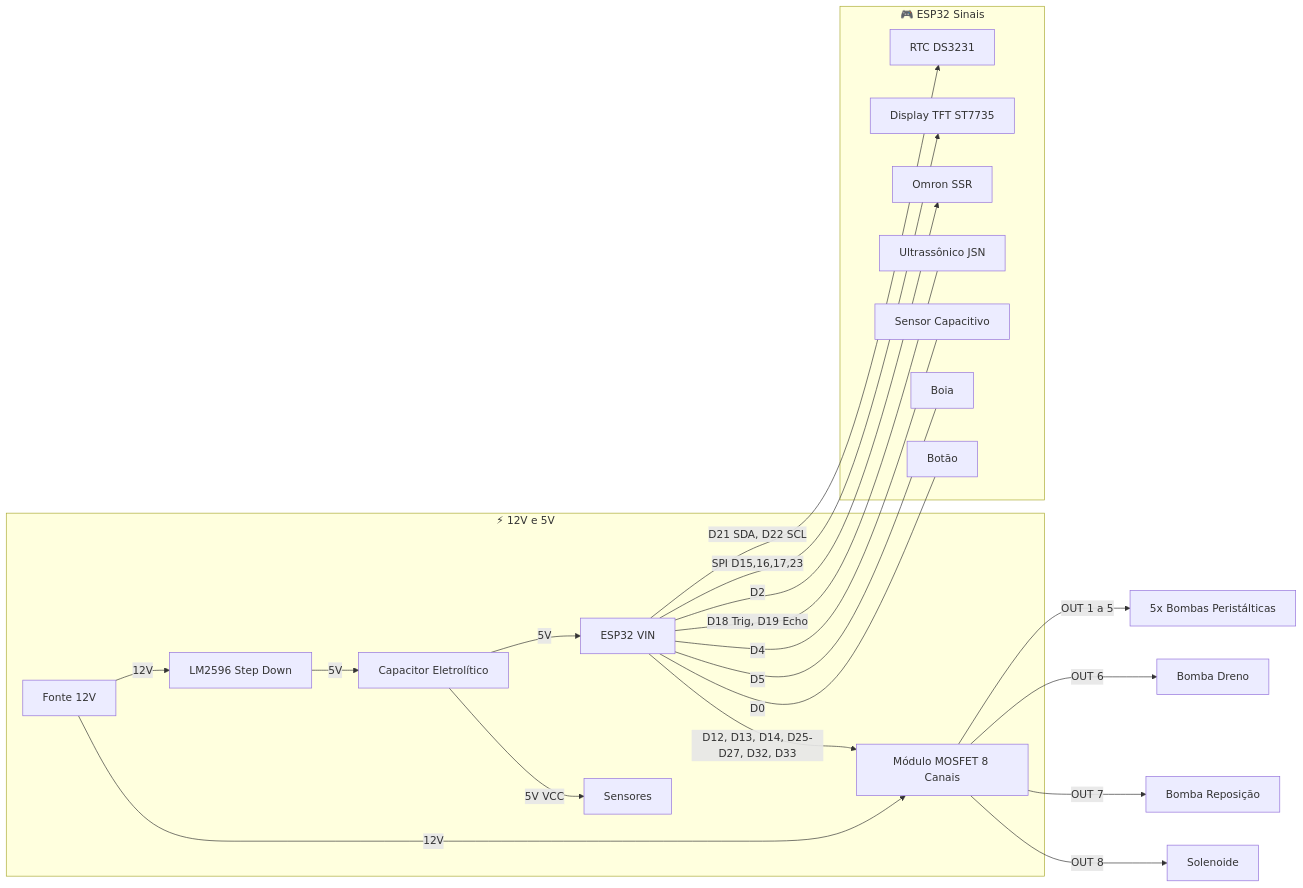
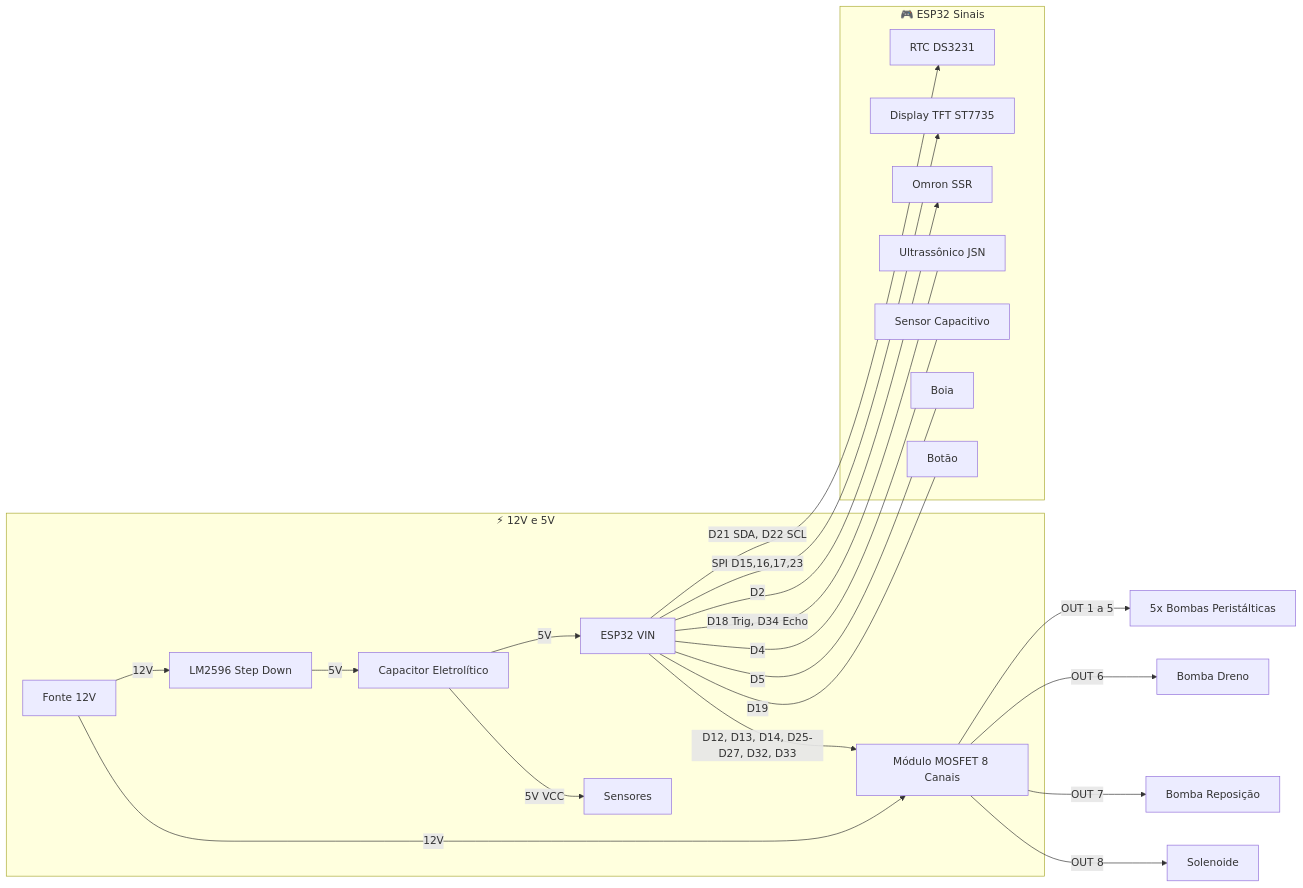
The second of 2 diagrams in README.pt-BR.md (PhilipeGatis/SATPAFERT), drawn with Mermaid before and after one commit. The commit also changed other lines of this file and 6 other files, not shown here.

Commit message:
feat(hardware): swap ultrasonic ECHO to GPIO34 and button to GPIO19

````diff
--- a/README.pt-BR.md
+++ b/README.pt-BR.md
@@ -111,26 +111,26 @@
 ```mermaid
 graph LR
   subgraph Alimentacao [⚡ 12V e 5V]
     PSU[Fonte 12V] -->|12V| MOSFET[Módulo MOSFET 8 Canais]
     PSU -->|12V| LM2596[LM2596 Step Down]
     LM2596 -->|5V| Cap[Capacitor Eletrolítico]
     Cap -->|5V| ESP32[ESP32 VIN]
     Cap -->|5V VCC| SENS[Sensores]
   end
 
   subgraph Sinais [🎮 ESP32 Sinais]
     ESP32 -->|D21 SDA, D22 SCL| I2C[RTC DS3231]
     ESP32 -->|SPI D15,16,17,23| TFT[Display TFT ST7735]
     ESP32 -->|D12, D13, D14, D25-D27, D32, D33| MOSFET
     ESP32 -->|D2| SSR[Omron SSR]
-    ESP32 ---|D18 Trig, D19 Echo| Ultra[Ultrassônico JSN]
+    ESP32 ---|D18 Trig, D34 Echo| Ultra[Ultrassônico JSN]
     ESP32 ---|D4| Water[Sensor Capacitivo]
     ESP32 ---|D5| Float[Boia]
-    ESP32 ---|D0| Button[Botão]
+    ESP32 ---|D19| Button[Botão]
   end
 
   MOSFET -->|OUT 1 a 5| Peristalticas[5x Bombas Peristálticas]
   MOSFET -->|OUT 6| Diaphragm[Bomba Dreno]
   MOSFET -->|OUT 7| WaterPump[Bomba Reposição]
   MOSFET -->|OUT 8| Solenoid[Solenoide]
 ```
````
